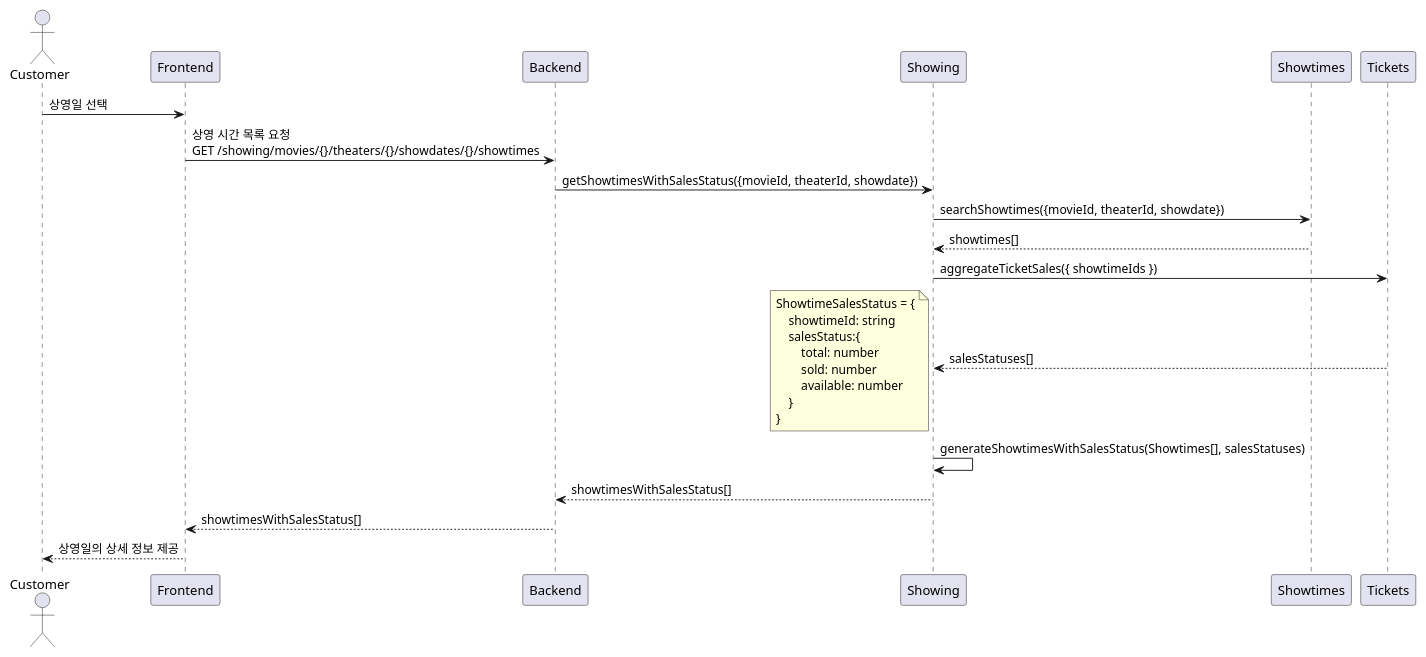
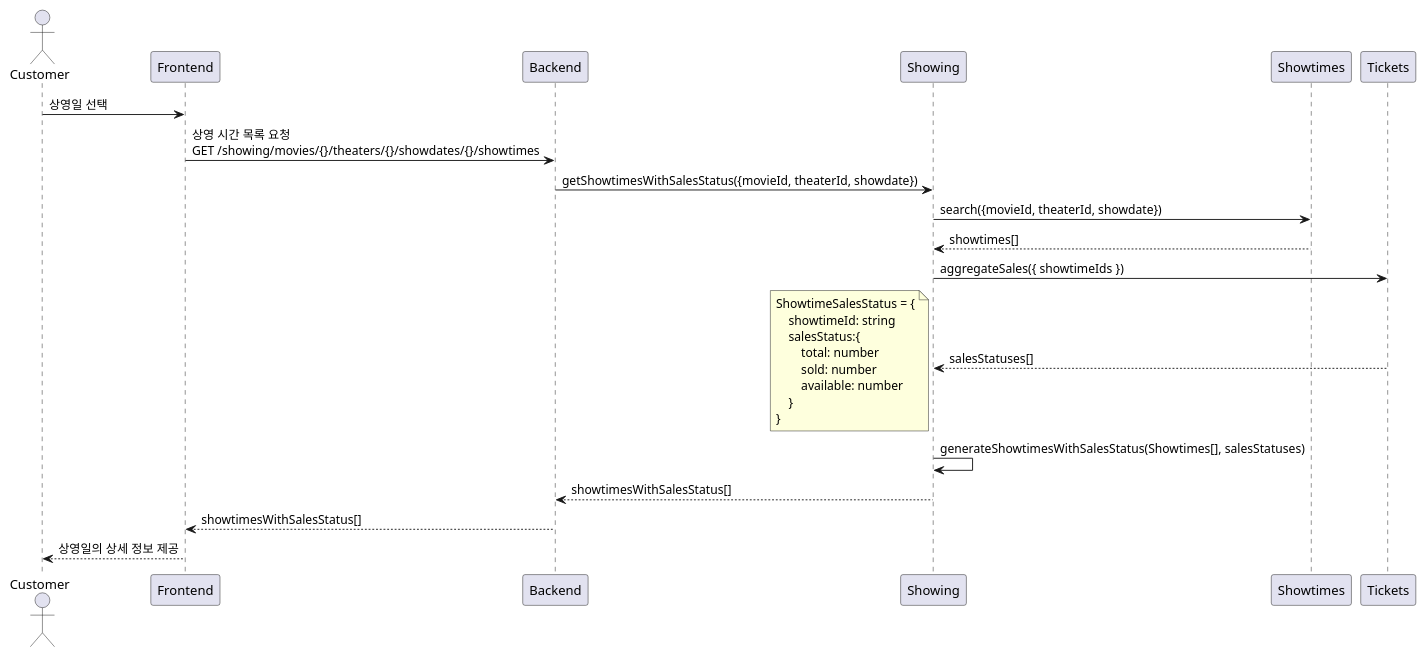
The fourth of 6 diagrams in docs/archive/tickets-purchase.md (mannercode/nest-seed), drawn with PlantUML before and after one commit. The commit also changed other lines of this file and 67 other files, not shown here.

````diff
--- a/docs/archive/tickets-purchase.md
+++ b/docs/archive/tickets-purchase.md
@@ -130,27 +130,27 @@
 ```plantuml
 @startuml
 actor Customer
 
 Customer -> Frontend : 상영일 선택
     Frontend -> Backend : 상영 시간 목록 요청\nGET /showing/movies/{}/theaters/{}/showdates/{}/showtimes
         Backend -> Showing: getShowtimesWithSalesStatus({movieId, theaterId, showdate})
-            Showing -> Showtimes: searchShowtimes({movieId, theaterId, showdate})
+            Showing -> Showtimes: search({movieId, theaterId, showdate})
             Showing <-- Showtimes: showtimes[]
-            Showing -> Tickets: aggregateTicketSales({ showtimeIds })
+            Showing -> Tickets: aggregateSales({ showtimeIds })
             Showing <-- Tickets: salesStatuses[]
             note left
             ShowtimeSalesStatus = {
                 showtimeId: string
                 salesStatus:{
                     total: number
                     sold: number
                     available: number
                 }
             }
             end note
             Showing -> Showing: generateShowtimesWithSalesStatus(Showtimes[], salesStatuses)
         Backend <-- Showing: showtimesWithSalesStatus[]
     Frontend <-- Backend : showtimesWithSalesStatus[]
 Customer <-- Frontend : 상영일의 상세 정보 제공
 @enduml
 ```
````
